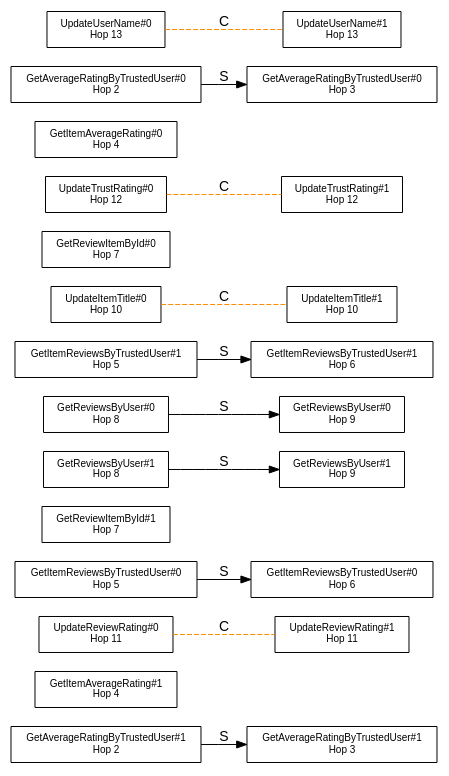
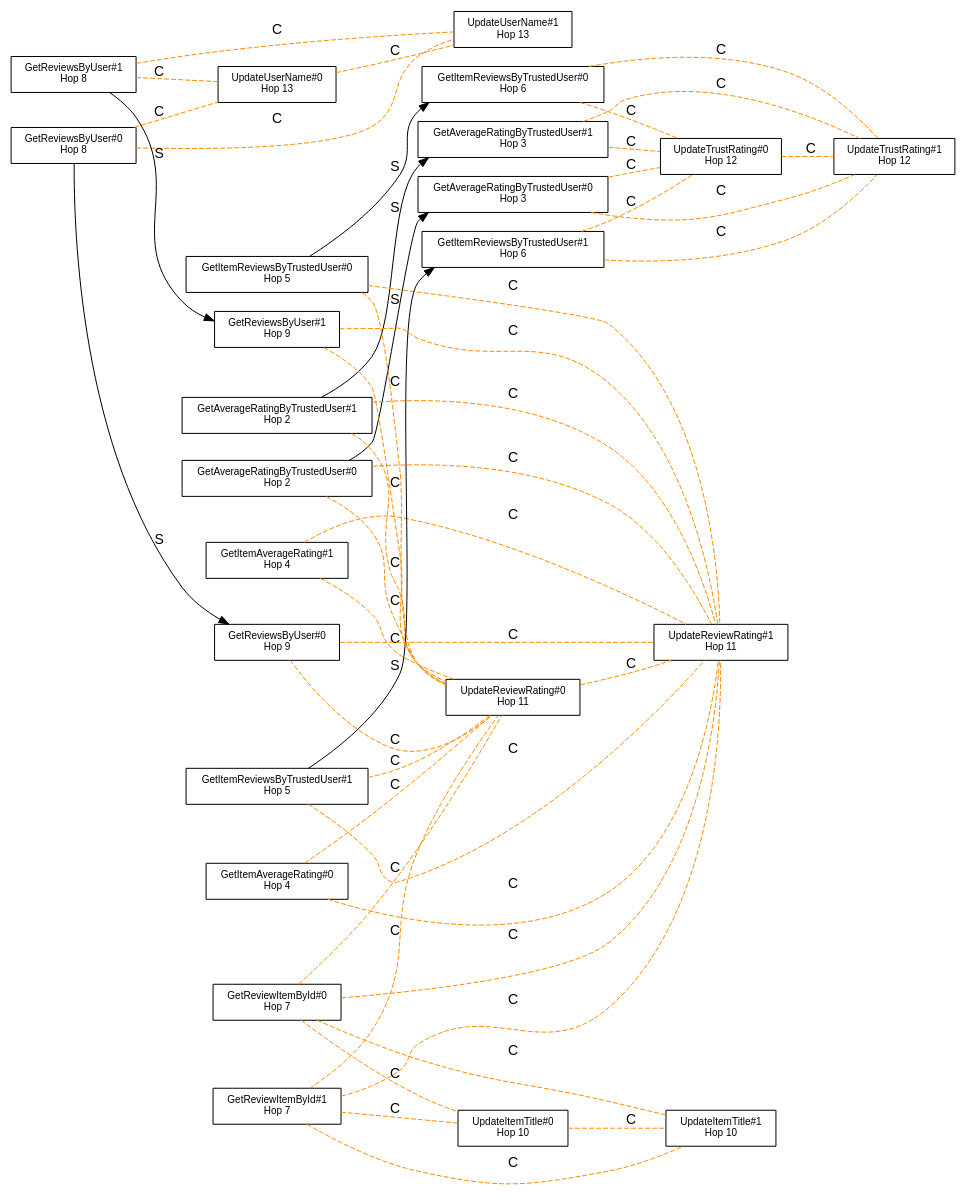
Before and after one commit to gsoosk/benchbase-transact: the diagram in results/epinions/sc_graph_combined.dot, drawn with Graphviz. The commit also changed 1502 other files, not shown here.

```diff
--- a/results/epinions/sc_graph_combined.dot
+++ b/results/epinions/sc_graph_combined.dot
@@ -1,39 +1,75 @@
 digraph CombinedSCGraph {
   graph [rankdir=LR];
   node  [shape=record, fontsize=10, fontname=Helvetica];
   edge  [fontname=Helvetica];
-  cv0 [label="GetAverageRatingByTrustedUser#1\nHop 2\n"];
-  cv1 [label="GetItemAverageRating#1\nHop 4\n"];
-  cv2 [label="UpdateReviewRating#0\nHop 11\n"];
-  cv3 [label="UpdateReviewRating#1\nHop 11\n"];
-  cv4 [label="GetItemReviewsByTrustedUser#0\nHop 5\n"];
-  cv5 [label="GetReviewItemById#1\nHop 7\n"];
-  cv6 [label="GetReviewsByUser#1\nHop 8\n"];
-  cv7 [label="GetReviewsByUser#1\nHop 9\n"];
-  cv8 [label="GetReviewsByUser#0\nHop 8\n"];
-  cv9 [label="GetReviewsByUser#0\nHop 9\n"];
-  cv10 [label="GetItemReviewsByTrustedUser#1\nHop 5\n"];
-  cv11 [label="UpdateItemTitle#0\nHop 10\n"];
-  cv12 [label="UpdateItemTitle#1\nHop 10\n"];
-  cv13 [label="GetItemReviewsByTrustedUser#1\nHop 6\n"];
-  cv14 [label="GetAverageRatingByTrustedUser#1\nHop 3\n"];
-  cv15 [label="GetReviewItemById#0\nHop 7\n"];
-  cv16 [label="UpdateTrustRating#0\nHop 12\n"];
-  cv17 [label="UpdateTrustRating#1\nHop 12\n"];
-  cv18 [label="GetItemAverageRating#0\nHop 4\n"];
-  cv19 [label="GetAverageRatingByTrustedUser#0\nHop 2\n"];
-  cv20 [label="GetAverageRatingByTrustedUser#0\nHop 3\n"];
-  cv21 [label="UpdateUserName#0\nHop 13\n"];
-  cv22 [label="UpdateUserName#1\nHop 13\n"];
-  cv23 [label="GetItemReviewsByTrustedUser#0\nHop 6\n"];
-  cv0 -> cv14 [color=black, label="S"];
-  cv4 -> cv23 [color=black, label="S"];
-  cv6 -> cv7 [color=black, label="S"];
-  cv8 -> cv9 [color=black, label="S"];
-  cv10 -> cv13 [color=black, label="S"];
-  cv19 -> cv20 [color=black, label="S"];
+  cv0 [label="GetReviewsByUser#0\nHop 8\n"];
+  cv1 [label="GetReviewsByUser#1\nHop 8\n"];
+  cv2 [label="UpdateUserName#0\nHop 13\n"];
+  cv3 [label="UpdateUserName#1\nHop 13\n"];
+  cv4 [label="GetAverageRatingByTrustedUser#0\nHop 2\n"];
+  cv5 [label="GetAverageRatingByTrustedUser#1\nHop 2\n"];
+  cv6 [label="GetItemAverageRating#0\nHop 4\n"];
+  cv7 [label="GetItemAverageRating#1\nHop 4\n"];
+  cv8 [label="GetItemReviewsByTrustedUser#0\nHop 5\n"];
+  cv9 [label="GetItemReviewsByTrustedUser#1\nHop 5\n"];
+  cv10 [label="GetReviewItemById#0\nHop 7\n"];
+  cv11 [label="GetReviewItemById#1\nHop 7\n"];
+  cv12 [label="GetReviewsByUser#0\nHop 9\n"];
+  cv13 [label="GetReviewsByUser#1\nHop 9\n"];
+  cv14 [label="UpdateItemTitle#0\nHop 10\n"];
+  cv15 [label="UpdateItemTitle#1\nHop 10\n"];
+  cv16 [label="UpdateReviewRating#0\nHop 11\n"];
+  cv17 [label="UpdateReviewRating#1\nHop 11\n"];
+  cv18 [label="GetAverageRatingByTrustedUser#0\nHop 3\n"];
+  cv19 [label="GetAverageRatingByTrustedUser#1\nHop 3\n"];
+  cv20 [label="GetItemReviewsByTrustedUser#0\nHop 6\n"];
+  cv21 [label="GetItemReviewsByTrustedUser#1\nHop 6\n"];
+  cv22 [label="UpdateTrustRating#0\nHop 12\n"];
+  cv23 [label="UpdateTrustRating#1\nHop 12\n"];
+  cv0 -> cv12 [color=black, label="S"];
+  cv1 -> cv13 [color=black, label="S"];
+  cv4 -> cv18 [color=black, label="S"];
+  cv5 -> cv19 [color=black, label="S"];
+  cv8 -> cv20 [color=black, label="S"];
+  cv9 -> cv21 [color=black, label="S"];
+  cv0 -> cv2 [dir=none, style=dashed, color=darkorange, label="C"];
+  cv0 -> cv3 [dir=none, style=dashed, color=darkorange, label="C"];
+  cv1 -> cv2 [dir=none, style=dashed, color=darkorange, label="C"];
+  cv1 -> cv3 [dir=none, style=dashed, color=darkorange, label="C"];
   cv2 -> cv3 [dir=none, style=dashed, color=darkorange, label="C"];
-  cv11 -> cv12 [dir=none, style=dashed, color=darkorange, label="C"];
+  cv4 -> cv16 [dir=none, style=dashed, color=darkorange, label="C"];
+  cv4 -> cv17 [dir=none, style=dashed, color=darkorange, label="C"];
+  cv5 -> cv16 [dir=none, style=dashed, color=darkorange, label="C"];
+  cv5 -> cv17 [dir=none, style=dashed, color=darkorange, label="C"];
+  cv6 -> cv16 [dir=none, style=dashed, color=darkorange, label="C"];
+  cv6 -> cv17 [dir=none, style=dashed, color=darkorange, label="C"];
+  cv7 -> cv16 [dir=none, style=dashed, color=darkorange, label="C"];
+  cv7 -> cv17 [dir=none, style=dashed, color=darkorange, label="C"];
+  cv8 -> cv16 [dir=none, style=dashed, color=darkorange, label="C"];
+  cv8 -> cv17 [dir=none, style=dashed, color=darkorange, label="C"];
+  cv9 -> cv16 [dir=none, style=dashed, color=darkorange, label="C"];
+  cv9 -> cv17 [dir=none, style=dashed, color=darkorange, label="C"];
+  cv10 -> cv14 [dir=none, style=dashed, color=darkorange, label="C"];
+  cv10 -> cv15 [dir=none, style=dashed, color=darkorange, label="C"];
+  cv10 -> cv16 [dir=none, style=dashed, color=darkorange, label="C"];
+  cv10 -> cv17 [dir=none, style=dashed, color=darkorange, label="C"];
+  cv11 -> cv14 [dir=none, style=dashed, color=darkorange, label="C"];
+  cv11 -> cv15 [dir=none, style=dashed, color=darkorange, label="C"];
+  cv11 -> cv16 [dir=none, style=dashed, color=darkorange, label="C"];
+  cv11 -> cv17 [dir=none, style=dashed, color=darkorange, label="C"];
+  cv12 -> cv16 [dir=none, style=dashed, color=darkorange, label="C"];
+  cv12 -> cv17 [dir=none, style=dashed, color=darkorange, label="C"];
+  cv13 -> cv16 [dir=none, style=dashed, color=darkorange, label="C"];
+  cv13 -> cv17 [dir=none, style=dashed, color=darkorange, label="C"];
+  cv14 -> cv15 [dir=none, style=dashed, color=darkorange, label="C"];
   cv16 -> cv17 [dir=none, style=dashed, color=darkorange, label="C"];
+  cv18 -> cv22 [dir=none, style=dashed, color=darkorange, label="C"];
+  cv18 -> cv23 [dir=none, style=dashed, color=darkorange, label="C"];
+  cv19 -> cv22 [dir=none, style=dashed, color=darkorange, label="C"];
+  cv19 -> cv23 [dir=none, style=dashed, color=darkorange, label="C"];
+  cv20 -> cv22 [dir=none, style=dashed, color=darkorange, label="C"];
+  cv20 -> cv23 [dir=none, style=dashed, color=darkorange, label="C"];
   cv21 -> cv22 [dir=none, style=dashed, color=darkorange, label="C"];
+  cv21 -> cv23 [dir=none, style=dashed, color=darkorange, label="C"];
+  cv22 -> cv23 [dir=none, style=dashed, color=darkorange, label="C"];
 }
```
